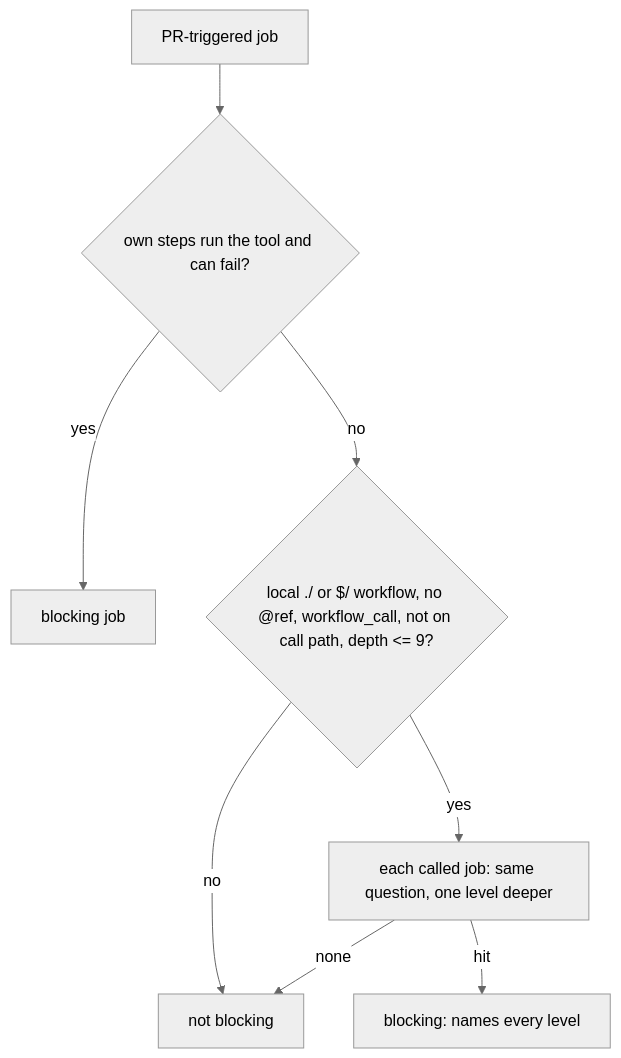
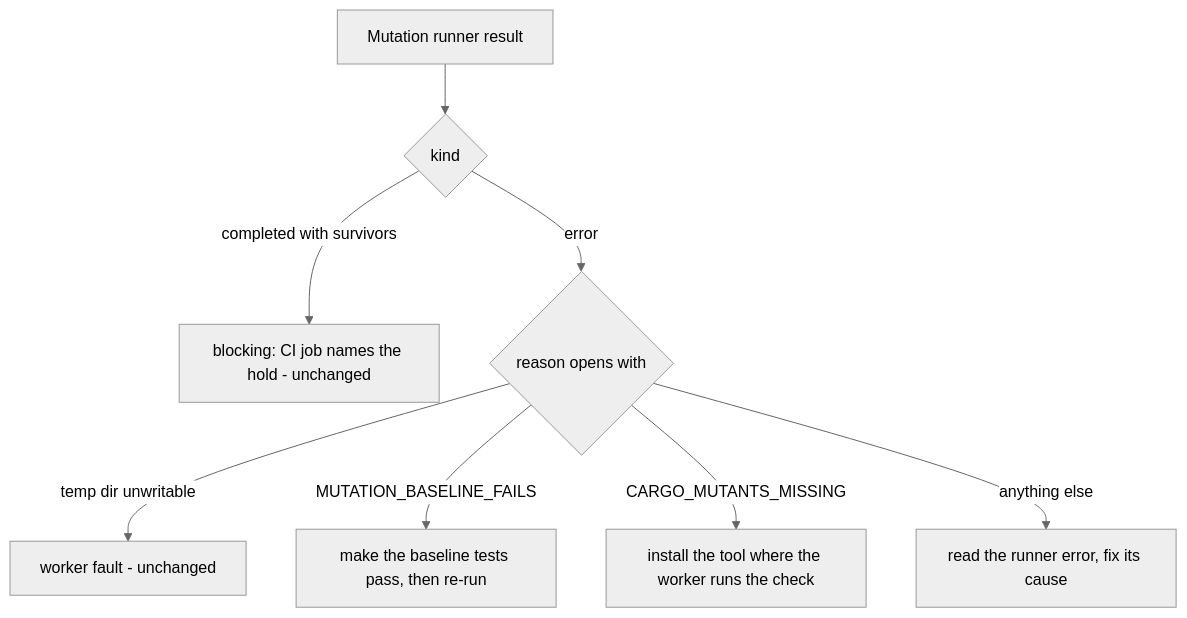
The diagram in docs/archive/pr-summaries/pr-summary-4617.md (stSoftwareAU/VibeCoder), drawn with Mermaid (neutral theme) before and after one commit. The commit also changed other lines of this file and 5 other files, not shown here.

First line of the commit message:
Name a different next action for a baseline failure, a missing tool and other mutation errors (Issue #4617)

````diff
--- a/docs/archive/pr-summaries/pr-summary-4617.md
+++ b/docs/archive/pr-summaries/pr-summary-4617.md
@@ -17,10 +18,10 @@
 ```mermaid
 flowchart TD
-    J[PR-triggered job] --> S{own steps run the tool and can fail?}
-    S -- yes --> B[blocking job]
-    S -- no --> U{local ./ or $/ workflow, no @ref, workflow_call, not on call path, depth <= 9?}
-    U -- no --> N[not blocking]
-    U -- yes --> C[each called job: same question, one level deeper]
-    C -- hit --> B2[blocking: names every level]
-    C -- none --> N
+    R[Mutation runner result] --> K{kind}
+    K -- completed with survivors --> S[blocking: CI job names the hold - unchanged]
+    K -- error --> W{reason opens with}
+    W -- temp dir unwritable --> F[worker fault - unchanged]
+    W -- MUTATION_BASELINE_FAILS --> A1[make the baseline tests pass, then re-run]
+    W -- CARGO_MUTANTS_MISSING --> A2[install the tool where the worker runs the check]
+    W -- anything else --> A3[read the runner error, fix its cause]
 ```
````
